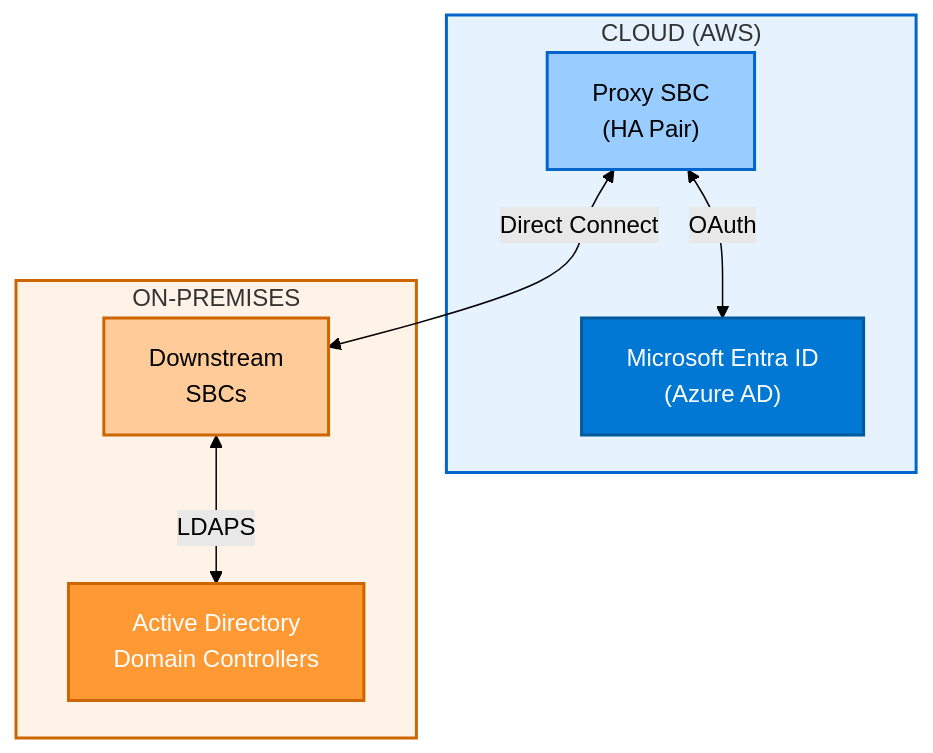
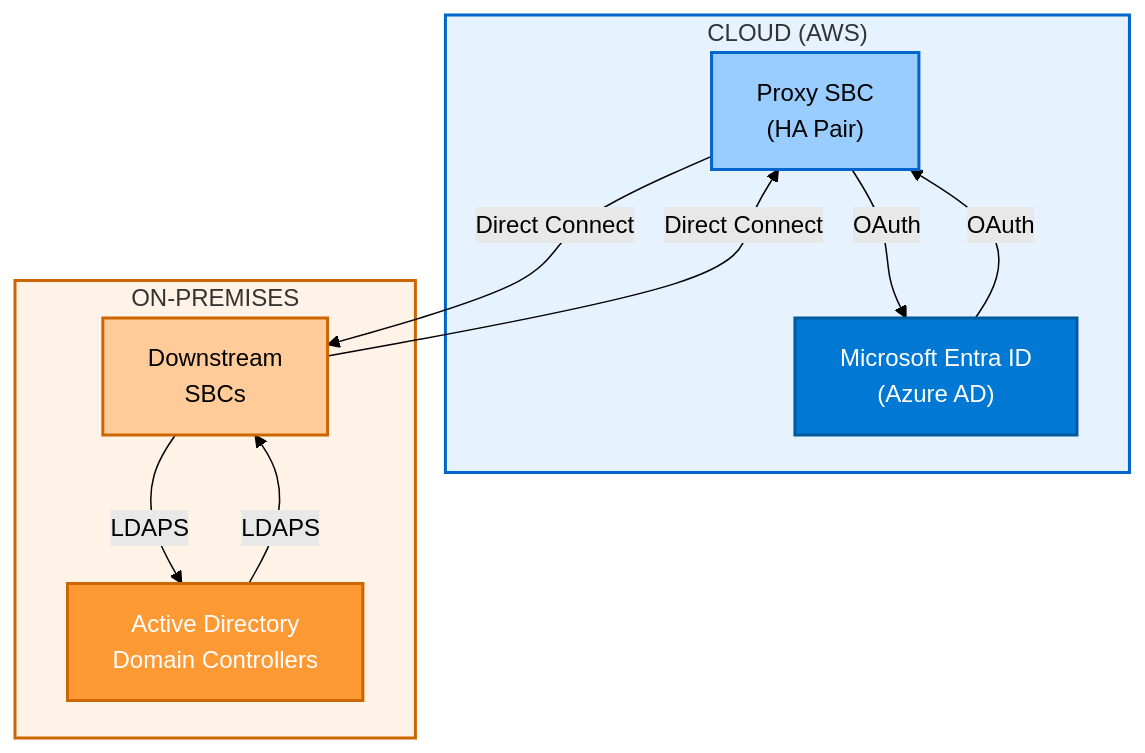
Before and after one commit to kevinsing999/public: the fifth of 26 diagrams in AudioCodes-AWS-Deployment-Guide.md, drawn with Mermaid (forest theme). The commit also changed other lines of this file and 4 other files, not shown here.

First line of the commit message:
Fix GitHub mermaid rendering: replace unsupported syntax across 20 diagrams

````diff
--- a/AudioCodes-AWS-Deployment-Guide.md
+++ b/AudioCodes-AWS-Deployment-Guide.md
@@ -995,27 +999,30 @@
 ```mermaid
 flowchart TB
     subgraph cloud["CLOUD (AWS)"]
         style cloud fill:#e6f3ff,stroke:#0066cc,stroke-width:2px
 
         proxy["Proxy SBC<br/>(HA Pair)"]
         entra["Microsoft Entra ID<br/>(Azure AD)"]
 
-        proxy <-->|"OAuth"| entra
+        proxy -->|"OAuth"| entra
+        entra -->|"OAuth"| proxy
     end
 
     subgraph onprem["ON-PREMISES"]
         style onprem fill:#fff2e6,stroke:#cc6600,stroke-width:2px
 
         downstream["Downstream<br/>SBCs"]
         ad["Active Directory<br/>Domain Controllers"]
 
-        downstream <-->|"LDAPS"| ad
+        downstream -->|"LDAPS"| ad
+        ad -->|"LDAPS"| downstream
     end
 
-    proxy <-->|"Direct Connect"| downstream
+    proxy -->|"Direct Connect"| downstream
+    downstream -->|"Direct Connect"| proxy
 
     style proxy fill:#99ccff,stroke:#0066cc,stroke-width:2px
     style entra fill:#0078d4,stroke:#005a9e,stroke-width:2px,color:#fff
     style downstream fill:#ffcc99,stroke:#cc6600,stroke-width:2px
     style ad fill:#ff9933,stroke:#cc6600,stroke-width:2px,color:#fff
 ```
````
